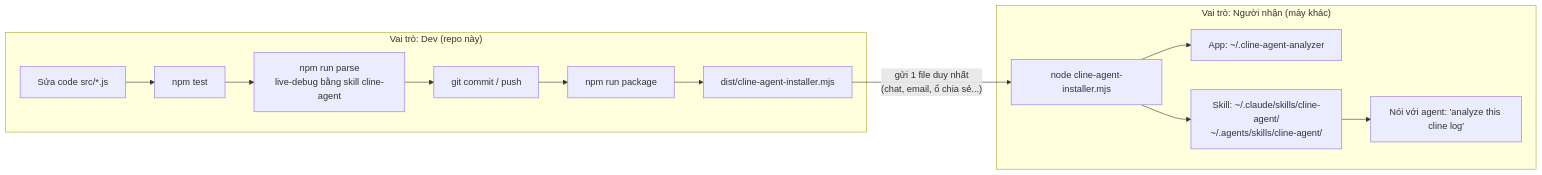
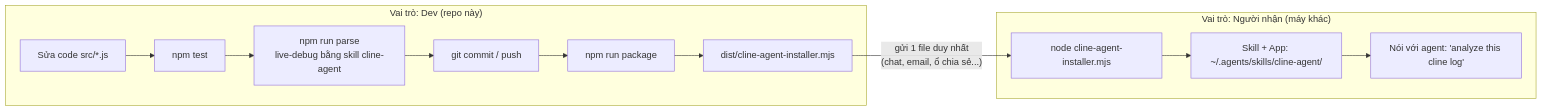
One commit to congtubkbn/cline-agent changed the diagram in docs/team-workflow-guide.md. Above: the diagram before and after it, drawn with Mermaid. The commit also changed other lines of this file and 1 other file, not shown here.

Commit message:
docs: update packaging and team workflow guidelines to match current installer paths and options

````diff
--- a/docs/team-workflow-guide.md
+++ b/docs/team-workflow-guide.md
@@ -16,17 +16,16 @@
 ```mermaid
 flowchart LR
     subgraph Dev["Vai trò: Dev (repo này)"]
         A[Sửa code src/*.js] --> B[npm test]
         B --> C[npm run parse<br/>live-debug bằng skill cline-agent]
         C --> D[git commit / push]
         D --> E[npm run package]
         E --> F["dist/cline-agent-installer.mjs"]
     end
     F -->|"gửi 1 file duy nhất<br/>(chat, email, ổ chia sẻ...)"| G
 
     subgraph Recipient["Vai trò: Người nhận (máy khác)"]
-        G["node cline-agent-installer.mjs"] --> H["App: ~/.cline-agent-analyzer"]
-        G --> I["Skill: ~/.claude/skills/cline-agent/<br/>~/.agents/skills/cline-agent/"]
+        G["node cline-agent-installer.mjs"] --> I["Skill + App: ~/.agents/skills/cline-agent/"]
         I --> J["Nói với agent: 'analyze this cline log'"]
     end
 ```
````
